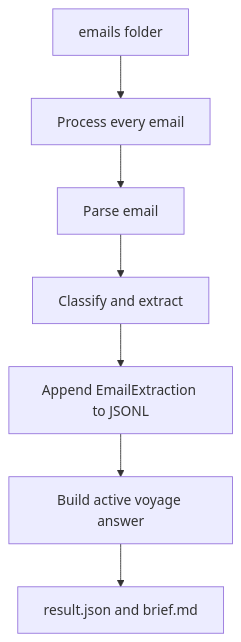
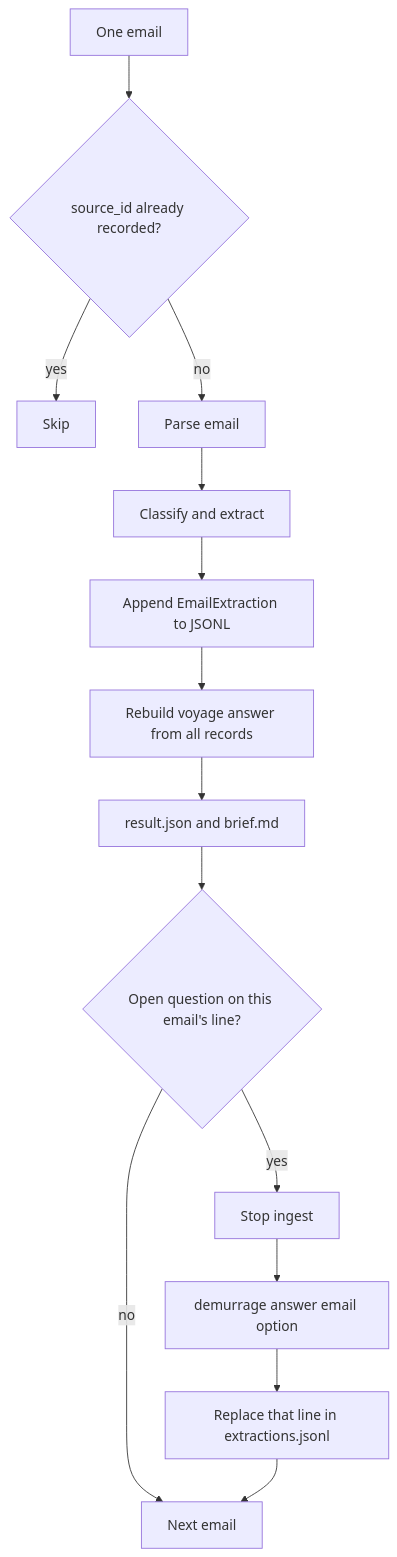
The second of 5 diagrams in ARCHITECTURE.md (silviiaromanato/demurrage), drawn with Mermaid before and after one commit. The commit also changed other lines of this file and 17 other files, not shown here.

````diff
--- a/ARCHITECTURE.md
+++ b/ARCHITECTURE.md
@@ -52,9 +61,16 @@
 ```mermaid
 flowchart TD
-    Folder["emails folder"] --> Loop["Process every email"]
-    Loop --> ParseBatch["Parse email"]
-    ParseBatch --> ExtractBatch["Classify and extract"]
-    ExtractBatch --> Jsonl["Append EmailExtraction to JSONL"]
-    Jsonl --> Build["Build active voyage answer"]
-    Build --> Outputs["result.json and brief.md"]
+    Email["One email"] --> Known{"source_id already recorded?"}
+    Known -- yes --> Skip["Skip"]
+    Known -- no --> Parse["Parse email"]
+    Parse --> Extract["Classify and extract"]
+    Extract --> Append["Append EmailExtraction to JSONL"]
+    Append --> Rebuild["Rebuild voyage answer from all records"]
+    Rebuild --> Outputs["result.json and brief.md"]
+    Outputs --> Open{"Open question on this email's line?"}
+    Open -- no --> Next["Next email"]
+    Open -- yes --> Pause["Stop ingest"]
+    Pause --> Human["demurrage answer email option"]
+    Human --> Replace["Replace that line in extractions.jsonl"]
+    Replace --> Next
 ```
````
